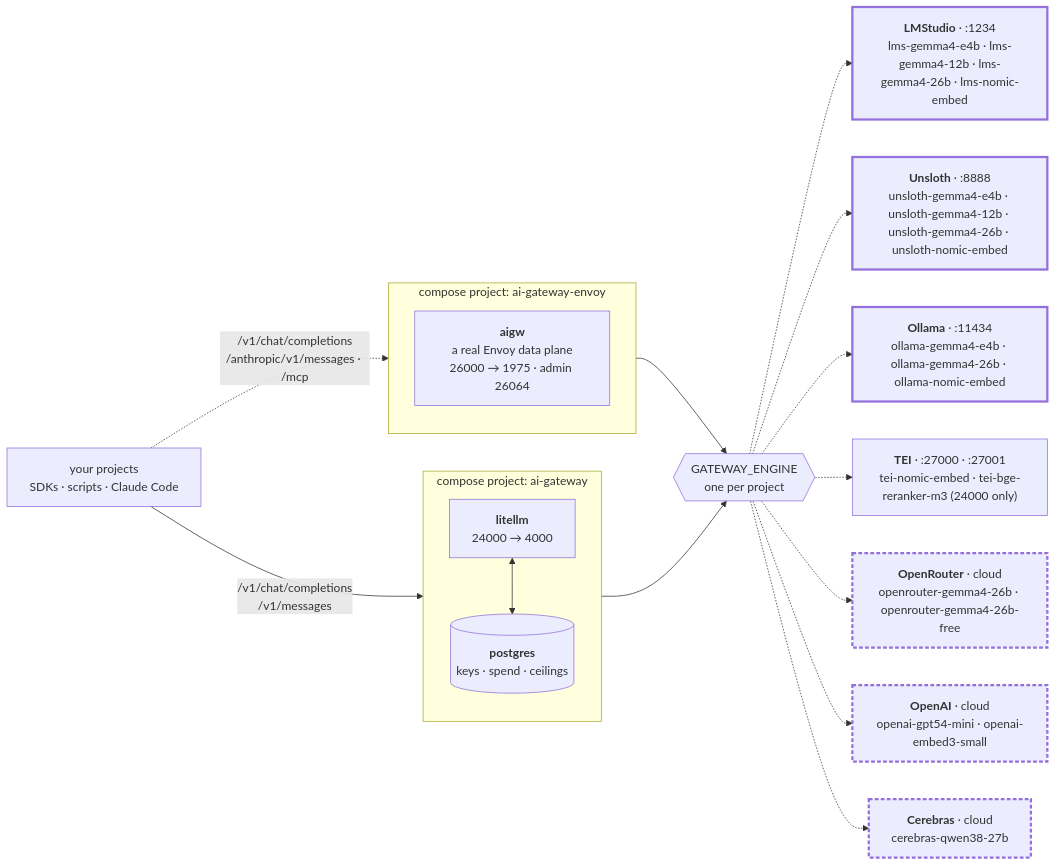
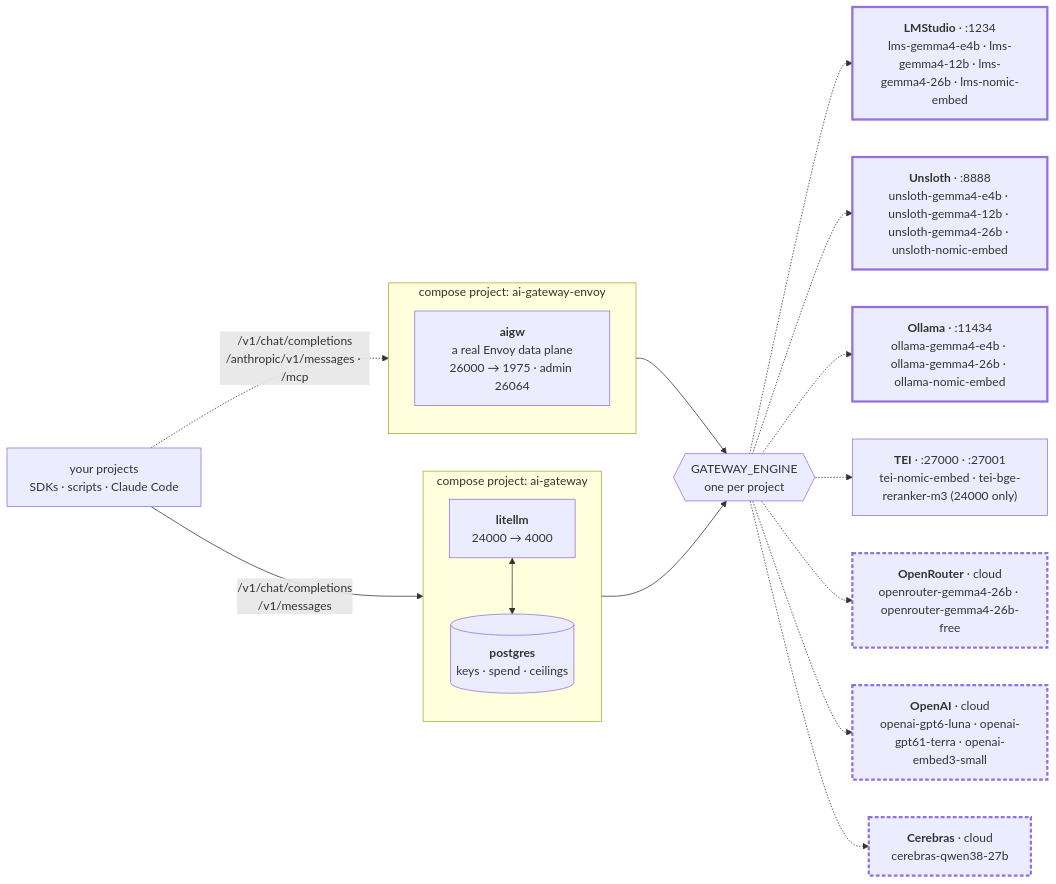
One commit to lukaskellerstein/ai-gateway changed the diagram in README.md. Above: the diagram before and after it, drawn with Mermaid. The commit also changed other lines of this file and 14 other files, not shown here.

Commit message:
Replace gpt-5.4-mini with GPT 6 aliases on both gateways (#13)

````diff
--- a/README.md
+++ b/README.md
@@ -85,38 +85,38 @@
 ```mermaid
 flowchart LR
     callers["your projects<br/>SDKs · scripts · Claude Code"]
 
     subgraph p1["compose project: ai-gateway"]
         direction TB
         litellm["<b>litellm</b><br/>24000 → 4000"]
         pg1[("<b>postgres</b><br/>keys · spend · ceilings")]
         litellm <--> pg1
     end
 
     subgraph p2["compose project: ai-gateway-envoy"]
         direction TB
         env["<b>aigw</b><br/>a real Envoy data plane<br/>26000 → 1975 · admin 26064"]
     end
 
     engine{{"GATEWAY_ENGINE<br/>one per project"}}
 
     lms["<b>LMStudio</b> · :1234<br/>lms-gemma4-e4b · lms-gemma4-12b · lms-gemma4-26b · lms-nomic-embed"]
     uns["<b>Unsloth</b> · :8888<br/>unsloth-gemma4-e4b · unsloth-gemma4-12b · unsloth-gemma4-26b · unsloth-nomic-embed"]
     oll["<b>Ollama</b> · :11434<br/>ollama-gemma4-e4b · ollama-gemma4-26b · ollama-nomic-embed"]
     tei["<b>TEI</b> · :27000 · :27001<br/>tei-nomic-embed · tei-bge-reranker-m3 (24000 only)"]
     orr["<b>OpenRouter</b> · cloud<br/>openrouter-gemma4-26b · openrouter-gemma4-26b-free"]
-    oai["<b>OpenAI</b> · cloud<br/>openai-gpt54-mini · openai-embed3-small"]
+    oai["<b>OpenAI</b> · cloud<br/>openai-gpt6-luna · openai-gpt61-terra · openai-embed3-small"]
     cer["<b>Cerebras</b> · cloud<br/>cerebras-qwen38-27b"]
 
     callers -->|"/v1/chat/completions<br/>/v1/messages"| litellm
     callers -.->|"/v1/chat/completions<br/>/anthropic/v1/messages · /mcp"| env
     litellm --> engine
     env --> engine
     engine -.-> lms & uns & oll & tei
     engine -.-> orr & oai & cer
 
     classDef onhost stroke-width:3px
     classDef paid stroke-width:3px,stroke-dasharray: 5 3
     class lms,uns,oll onhost
     class orr,oai,cer paid
 ```
````
